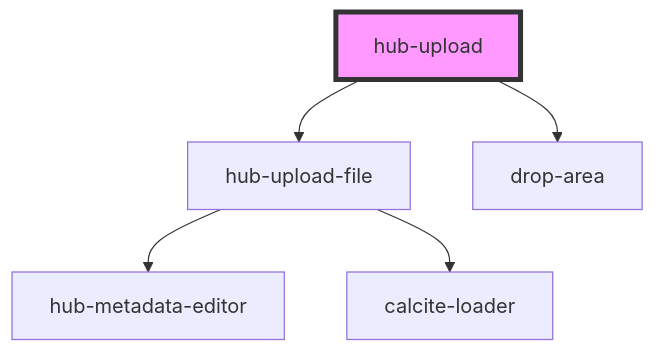
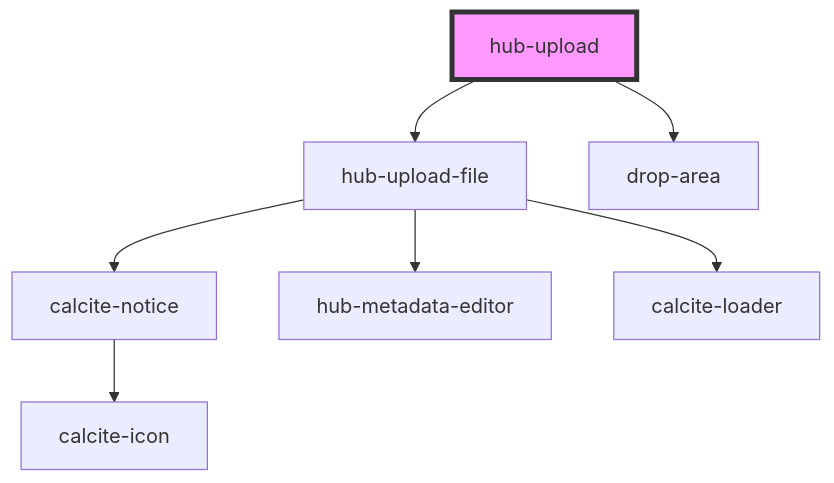
The diagram in src/components/hub-upload/readme.md (esridc/hub-components-experiments), drawn with Mermaid before and after one commit. The commit also changed 6 other files, not shown here.

````diff
--- a/src/components/hub-upload/readme.md
+++ b/src/components/hub-upload/readme.md
@@ -54,8 +54,10 @@
 ```mermaid
 graph TD;
   hub-upload --> hub-upload-file
   hub-upload --> drop-area
+  hub-upload-file --> calcite-notice
   hub-upload-file --> hub-metadata-editor
   hub-upload-file --> calcite-loader
+  calcite-notice --> calcite-icon
   style hub-upload fill:#f9f,stroke:#333,stroke-width:4px
 ```
````
